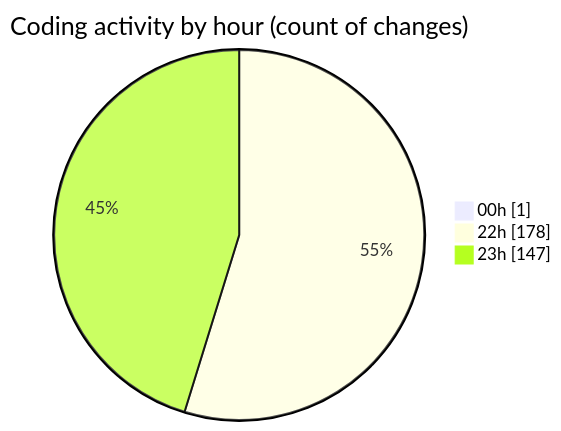
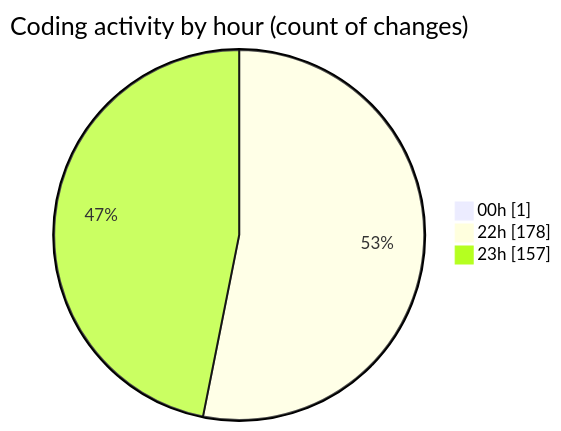
The second of 2 diagrams in 2025-08-04/javascript/README.md (Ritupan-Deka/code-tracking), drawn with Mermaid before and after one commit. The commit also changed other lines of this file and 1 other file, not shown here.

````diff
--- a/2025-08-04/javascript/README.md
+++ b/2025-08-04/javascript/README.md
@@ -32,7 +32,7 @@
 ```mermaid
 pie showData
 title Coding activity by hour (count of changes)
 "00h" : 1
 "22h" : 178
-"23h" : 147
+"23h" : 157
 ```
````
